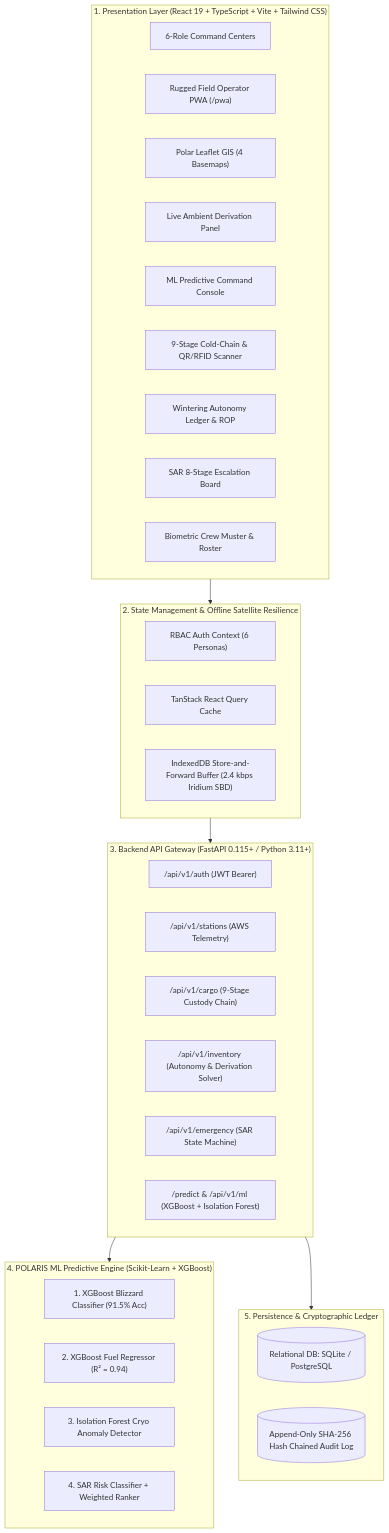
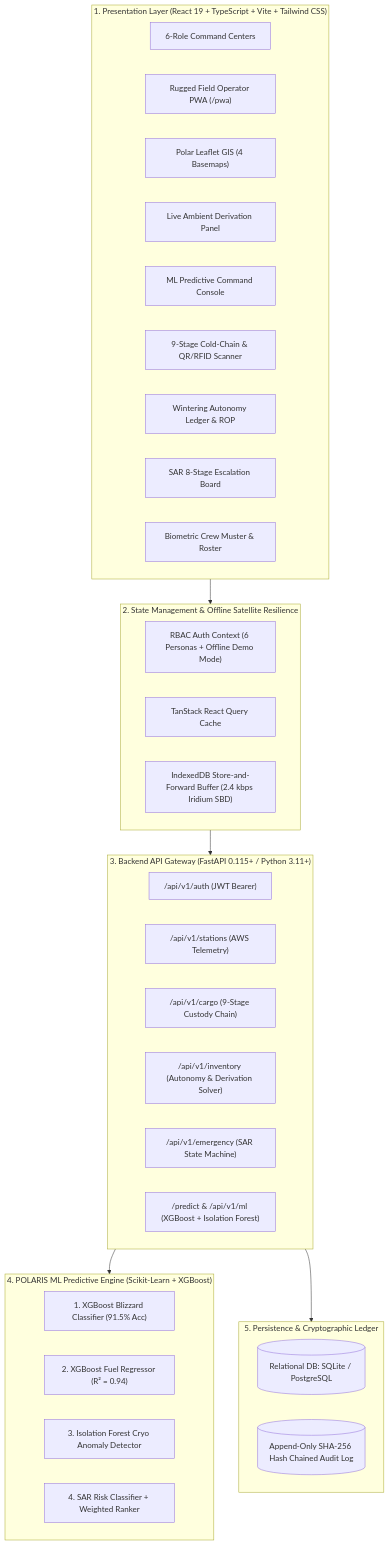
The diagram in README.md (Himarghya/SIH26062), drawn with Mermaid before and after one commit. The commit also changed other lines of this file, not shown here.

Commit message:
docs: expand README with tech badges, demo accounts table, REST API specifications, and Render deployment guide

````diff
--- a/README.md
+++ b/README.md
@@ -56,46 +73,46 @@
 ```mermaid
 graph TD
     subgraph UI_Layer ["1. Presentation Layer (React 19 + TypeScript + Vite + Tailwind CSS)"]
         Dash["6-Role Command Centers"]
         PWA["Rugged Field Operator PWA (/pwa)"]
         GIS["Polar Leaflet GIS (4 Basemaps)"]
         AutonomyUI["Live Ambient Derivation Panel"]
         MLConsole["ML Predictive Command Console"]
         CargoUI["9-Stage Cold-Chain & QR/RFID Scanner"]
         InvUI["Wintering Autonomy Ledger & ROP"]
         SarUI["SAR 8-Stage Escalation Board"]
         PersonnelUI["Biometric Crew Muster & Roster"]
     end
 
     subgraph State_Security ["2. State Management & Offline Satellite Resilience"]
-        AuthCtx["RBAC Auth Context (6 Personas)"]
+        AuthCtx["RBAC Auth Context (6 Personas + Offline Demo Mode)"]
         QueryClient["TanStack React Query Cache"]
         OfflineQueue["IndexedDB Store-and-Forward Buffer (2.4 kbps Iridium SBD)"]
     end
 
     subgraph API_Layer ["3. Backend API Gateway (FastAPI 0.115+ / Python 3.11+)"]
         AuthAPI["/api/v1/auth (JWT Bearer)"]
         StationAPI["/api/v1/stations (AWS Telemetry)"]
         CargoAPI["/api/v1/cargo (9-Stage Custody Chain)"]
         InvAPI["/api/v1/inventory (Autonomy & Derivation Solver)"]
         EmergencyAPI["/api/v1/emergency (SAR State Machine)"]
         MLAPI["/predict & /api/v1/ml (XGBoost + Isolation Forest)"]
     end
 
     subgraph ML_Engine ["4. POLARIS ML Predictive Engine (Scikit-Learn + XGBoost)"]
         BlizzardMdl["1. XGBoost Blizzard Classifier (91.5% Acc)"]
         FuelMdl["2. XGBoost Fuel Regressor (R² = 0.94)"]
         CryoMdl["3. Isolation Forest Cryo Anomaly Detector"]
         SARMdl["4. SAR Risk Classifier + Weighted Ranker"]
     end
 
     subgraph Database_Layer ["5. Persistence & Cryptographic Ledger"]
         RelationalDB[("Relational DB: SQLite / PostgreSQL")]
         AuditChain[("Append-Only SHA-256 Hash Chained Audit Log")]
     end
 
     UI_Layer --> State_Security
     State_Security --> API_Layer
     API_Layer --> ML_Engine
     API_Layer --> Database_Layer
 ```
````
